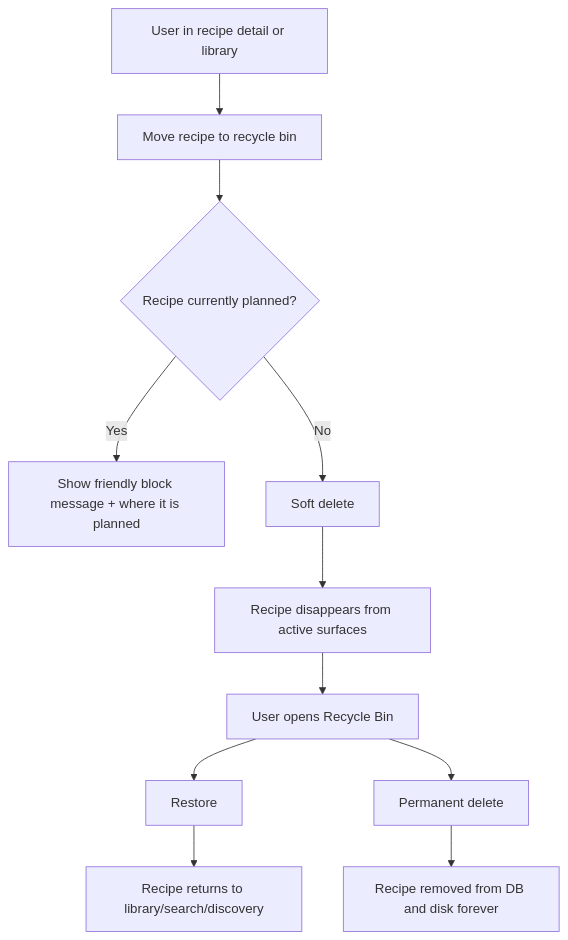
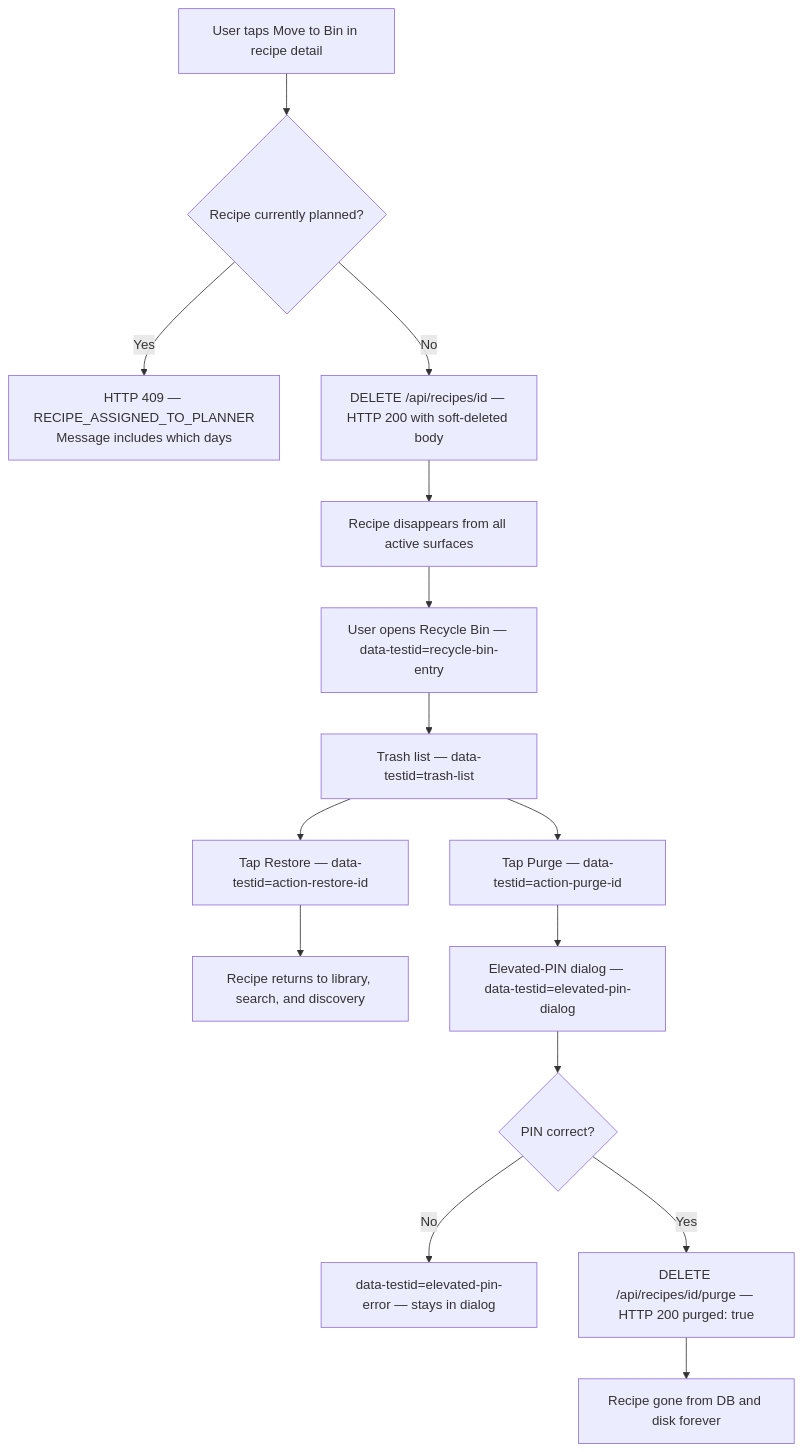
Before and after one commit to AlexandreBrisebois/whats-for-supper: the fourth of 5 diagrams in docs/flows/user-flows/recipe-search-and-library-recovery.md, drawn with Mermaid. The commit also changed other lines of this file and 14 other files, not shown here.

````diff
--- a/docs/flows/user-flows/recipe-search-and-library-recovery.md
+++ b/docs/flows/user-flows/recipe-search-and-library-recovery.md
@@ -137,13 +180,17 @@
 ```mermaid
 flowchart TD
-    A[User in recipe detail or library] --> B[Move recipe to recycle bin]
-    B --> C{Recipe currently planned?}
-    C -->|Yes| D[Show friendly block message + where it is planned]
-    C -->|No| E[Soft delete]
-    E --> F[Recipe disappears from active surfaces]
-    F --> G[User opens Recycle Bin]
-    G --> H[Restore]
-    G --> I[Permanent delete]
-    H --> J[Recipe returns to library/search/discovery]
-    I --> K[Recipe removed from DB and disk forever]
+    A[User taps Move to Bin in recipe detail] --> B{Recipe currently planned?}
+    B -->|Yes| C[HTTP 409 — RECIPE_ASSIGNED_TO_PLANNER\nMessage includes which days]
+    B -->|No| D[DELETE /api/recipes/id — HTTP 200 with soft-deleted body]
+    D --> E[Recipe disappears from all active surfaces]
+    E --> F[User opens Recycle Bin — data-testid=recycle-bin-entry]
+    F --> G[Trash list — data-testid=trash-list]
+    G --> H[Tap Restore — data-testid=action-restore-id]
+    G --> I[Tap Purge — data-testid=action-purge-id]
+    H --> J[Recipe returns to library, search, and discovery]
+    I --> K[Elevated-PIN dialog — data-testid=elevated-pin-dialog]
+    K --> L{PIN correct?}
+    L -->|No| M[data-testid=elevated-pin-error — stays in dialog]
+    L -->|Yes| N[DELETE /api/recipes/id/purge — HTTP 200 purged: true]
+    N --> O[Recipe gone from DB and disk forever]
 ```
````
